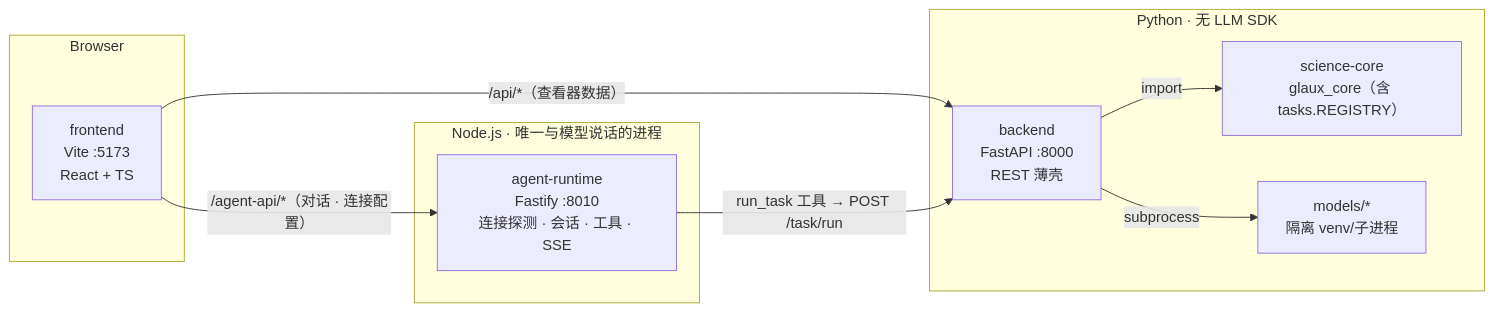
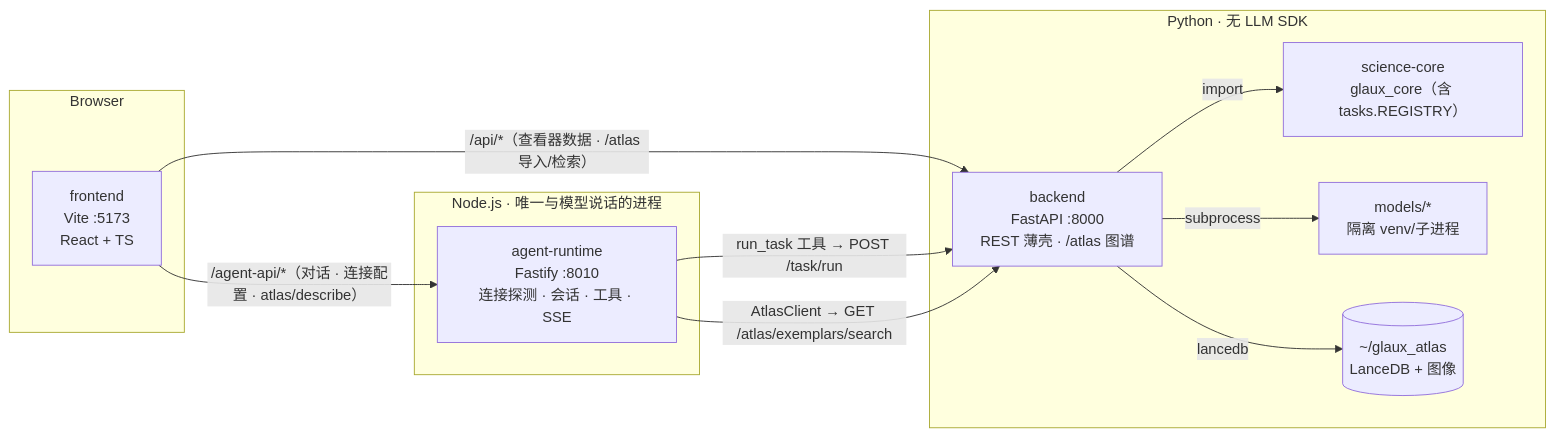
One commit to zhentai-sn/open-glaux changed the first of 2 diagrams in docs/architecture.zh-CN.md. Above: the diagram before and after it, drawn with Mermaid. The commit also changed other lines of this file and 6 other files, not shown here.

````diff
--- a/docs/architecture.zh-CN.md
+++ b/docs/architecture.zh-CN.md
@@ -22,22 +22,25 @@
 ```mermaid
 graph LR
     subgraph Browser
         FE["frontend<br/>Vite :5173<br/>React + TS"]
     end
 
     subgraph "Node.js · 唯一与模型说话的进程"
         AR["agent-runtime<br/>Fastify :8010<br/>连接探测 · 会话 · 工具 · SSE"]
     end
 
     subgraph "Python · 无 LLM SDK"
-        BE["backend<br/>FastAPI :8000<br/>REST 薄壳"]
+        BE["backend<br/>FastAPI :8000<br/>REST 薄壳 · /atlas 图谱"]
         SC["science-core<br/>glaux_core（含 tasks.REGISTRY）"]
         MD["models/*<br/>隔离 venv/子进程"]
+        AT[("~/glaux_atlas<br/>LanceDB + 图像")]
     end
 
-    FE -- "/agent-api/*（对话 · 连接配置）" --> AR
-    FE -- "/api/*（查看器数据）" --> BE
+    FE -- "/agent-api/*（对话 · 连接配置 · atlas/describe）" --> AR
+    FE -- "/api/*（查看器数据 · /atlas 导入/检索）" --> BE
     AR -- "run_task 工具 → POST /task/run" --> BE
+    AR -- "AtlasClient → GET /atlas/exemplars/search" --> BE
+    BE -- "lancedb" --> AT
     BE -- "import" --> SC
     BE -- "subprocess" --> MD
 ```
````
